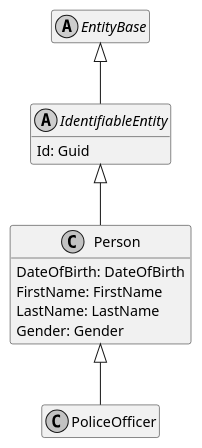
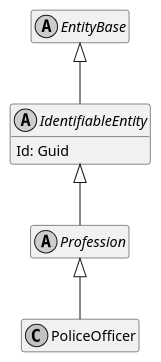
Before and after one commit to ObiWanLansi/DoofesZeug: the diagram in Documentation/Generated/Models/DoofesZeug.Models.Human.Professions/PoliceOfficer.puml, drawn with PlantUML. The commit also changed 24 other files, not shown here.

```diff
--- a/Documentation/Generated/Models/DoofesZeug.Models.Human.Professions/PoliceOfficer.puml
+++ b/Documentation/Generated/Models/DoofesZeug.Models.Human.Professions/PoliceOfficer.puml
@@ -1,28 +1,24 @@
 @startuml
 skinparam monochrome true
 hide empty members
 
 abstract class EntityBase {
 }
 
 EntityBase <|-- IdentifiableEntity
 
 abstract class IdentifiableEntity {
     Id: Guid
 }
 
-IdentifiableEntity <|-- Person
+IdentifiableEntity <|-- Profession
 
-class Person {
-    DateOfBirth: DateOfBirth
-    FirstName: FirstName
-    LastName: LastName
-    Gender: Gender
+abstract class Profession {
 }
 
-Person <|-- PoliceOfficer
+Profession <|-- PoliceOfficer
 
 class PoliceOfficer {
 }
 
 @enduml
```
